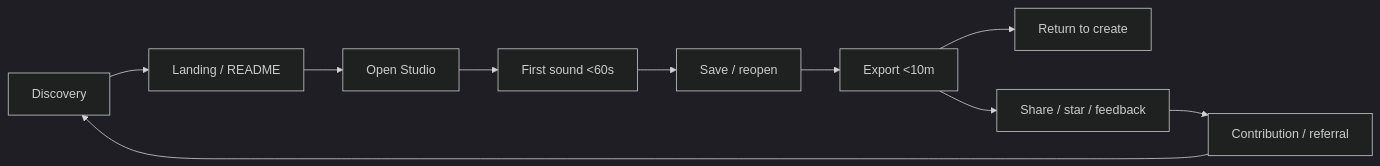
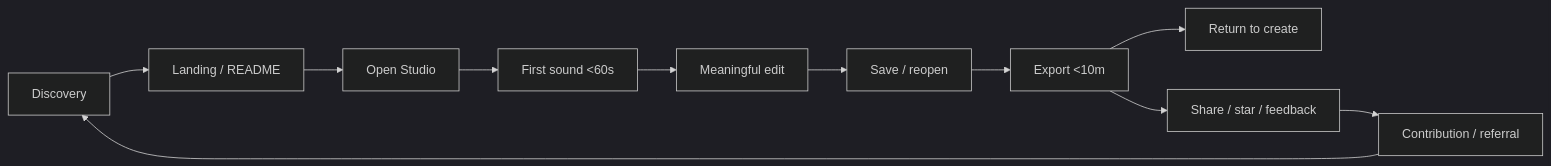
The diagram in docs/marketing/go-to-market.md (az1nn/openband), drawn with Mermaid (dark theme) before and after one commit. The commit also changed other lines of this file, not shown here.

````diff
--- a/docs/marketing/go-to-market.md
+++ b/docs/marketing/go-to-market.md
@@ -87,12 +154,13 @@
 ```mermaid
 flowchart LR
   A[Discovery] --> B[Landing / README]
   B --> C[Open Studio]
   C --> D[First sound <60s]
-  D --> E[Save / reopen]
-  E --> F[Export <10m]
-  F --> G[Return to create]
-  F --> H[Share / star / feedback]
-  H --> I[Contribution / referral]
-  I --> A
+  D --> E[Meaningful edit]
+  E --> F[Save / reopen]
+  F --> G[Export <10m]
+  G --> H[Return to create]
+  G --> I[Share / star / feedback]
+  I --> J[Contribution / referral]
+  J --> A
 ```
````
